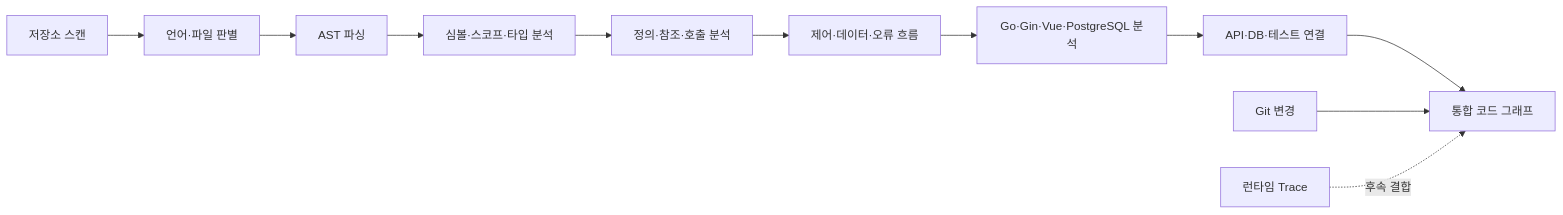
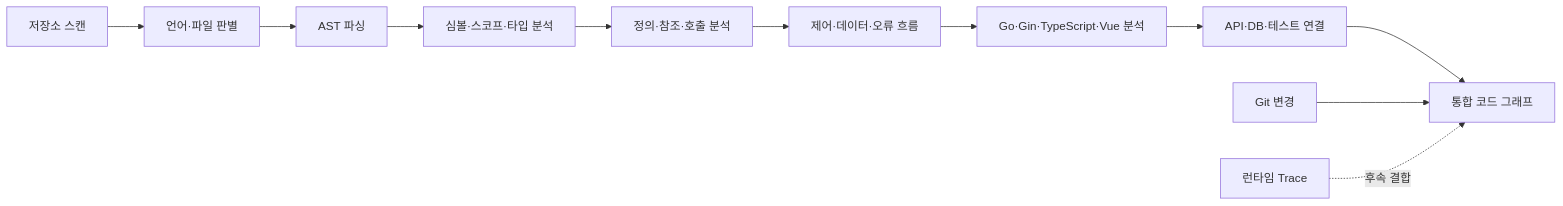
Before and after one commit to ddam2k/cosight: the fifth of 9 diagrams in DESIGN.md, drawn with Mermaid. The commit also changed other lines of this file and 1 other file, not shown here.

````diff
--- a/DESIGN.md
+++ b/DESIGN.md
@@ -1156,13 +1158,13 @@
 ```mermaid
 flowchart LR
     Scan[저장소 스캔] --> Detect[언어·파일 판별]
     Detect --> AST[AST 파싱]
     AST --> Symbol[심볼·스코프·타입 분석]
     Symbol --> Ref[정의·참조·호출 분석]
     Ref --> Flow[제어·데이터·오류 흐름]
-    Flow --> Framework[Go·Gin·Vue·PostgreSQL 분석]
+    Flow --> Framework[Go·Gin·TypeScript·Vue 분석]
     Framework --> Link[API·DB·테스트 연결]
     Link --> Graph[통합 코드 그래프]
     Git[Git 변경] --> Graph
     Runtime[런타임 Trace] -.후속 결합.-> Graph
 ```
````
